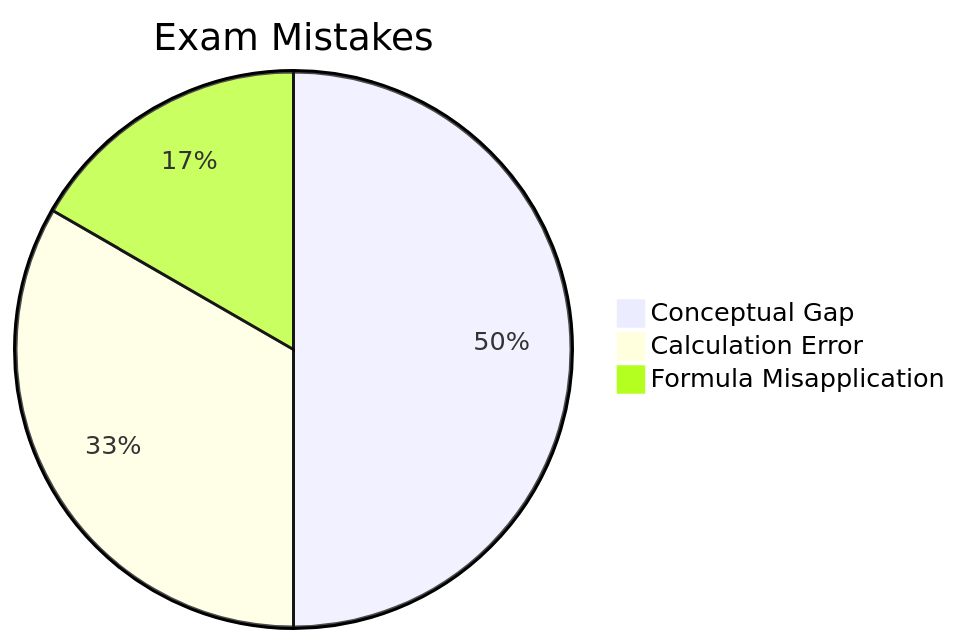
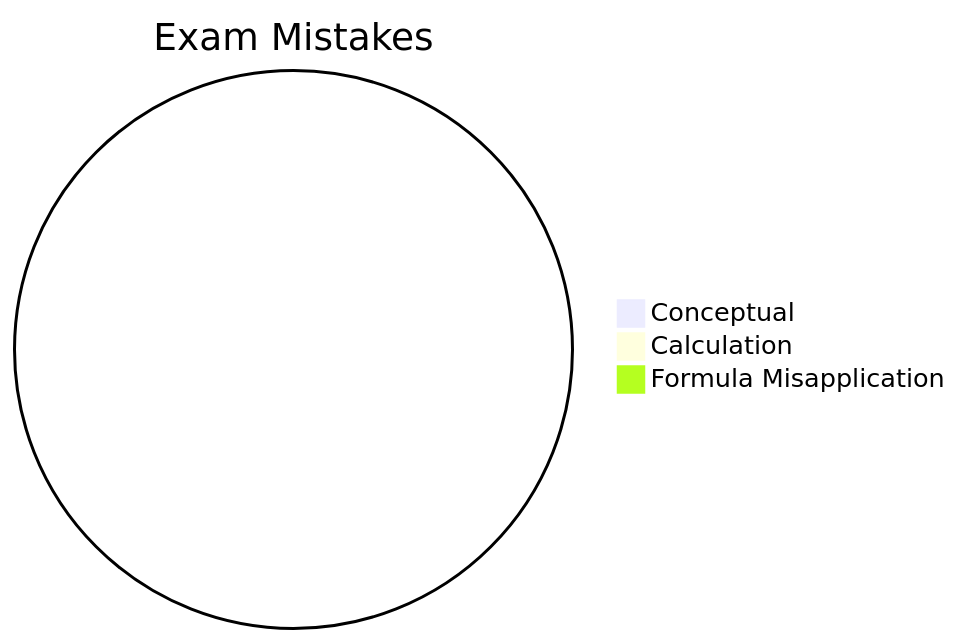
The second of 2 diagrams in content/cds/cds_overview.md (skc-coder/SAGE), drawn with Mermaid before and after one commit. The commit also changed other lines of this file and 14 other files, not shown here.

````diff
--- a/content/cds/cds_overview.md
+++ b/content/cds/cds_overview.md
@@ -18,6 +25,6 @@
 ```mermaid
 pie title Exam Mistakes
-    "Conceptual Gap" : 3
-    "Calculation Error" : 2
-    "Formula Misapplication" : 1
+    "Conceptual" : 0
+    "Calculation" : 0
+    "Formula Misapplication" : 0
 ```
````
